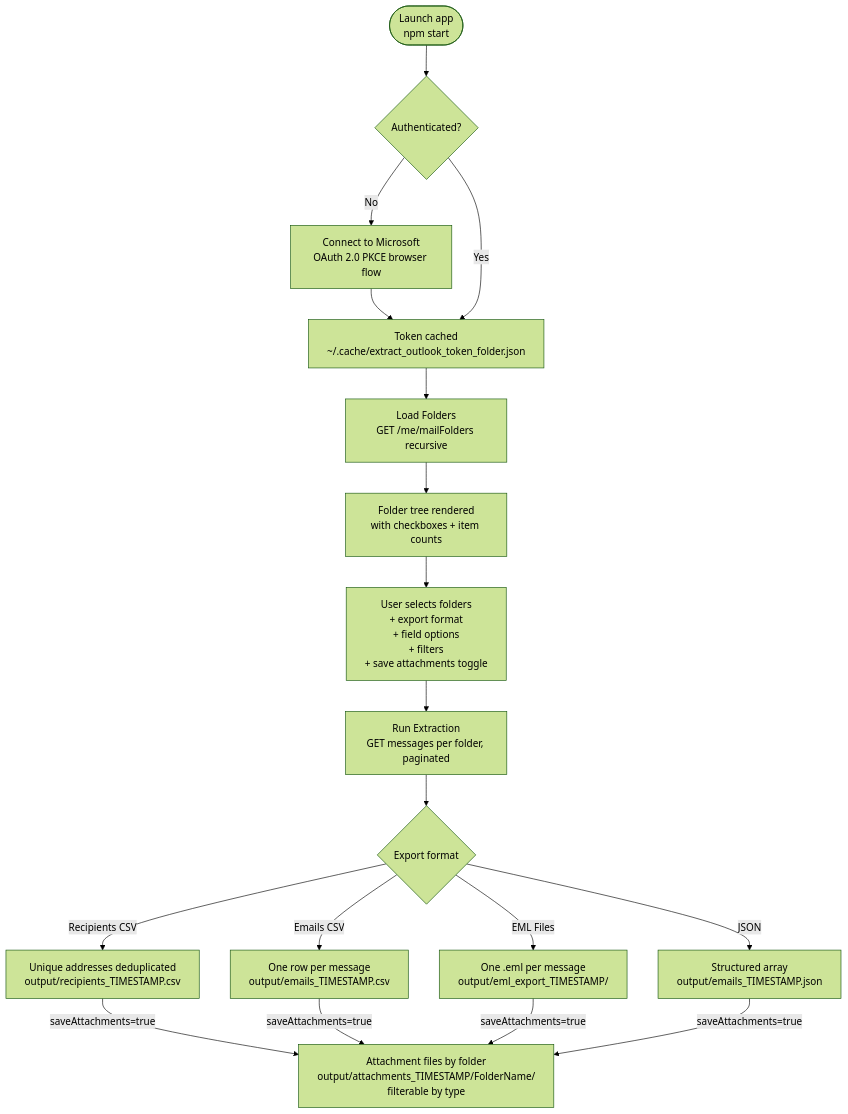
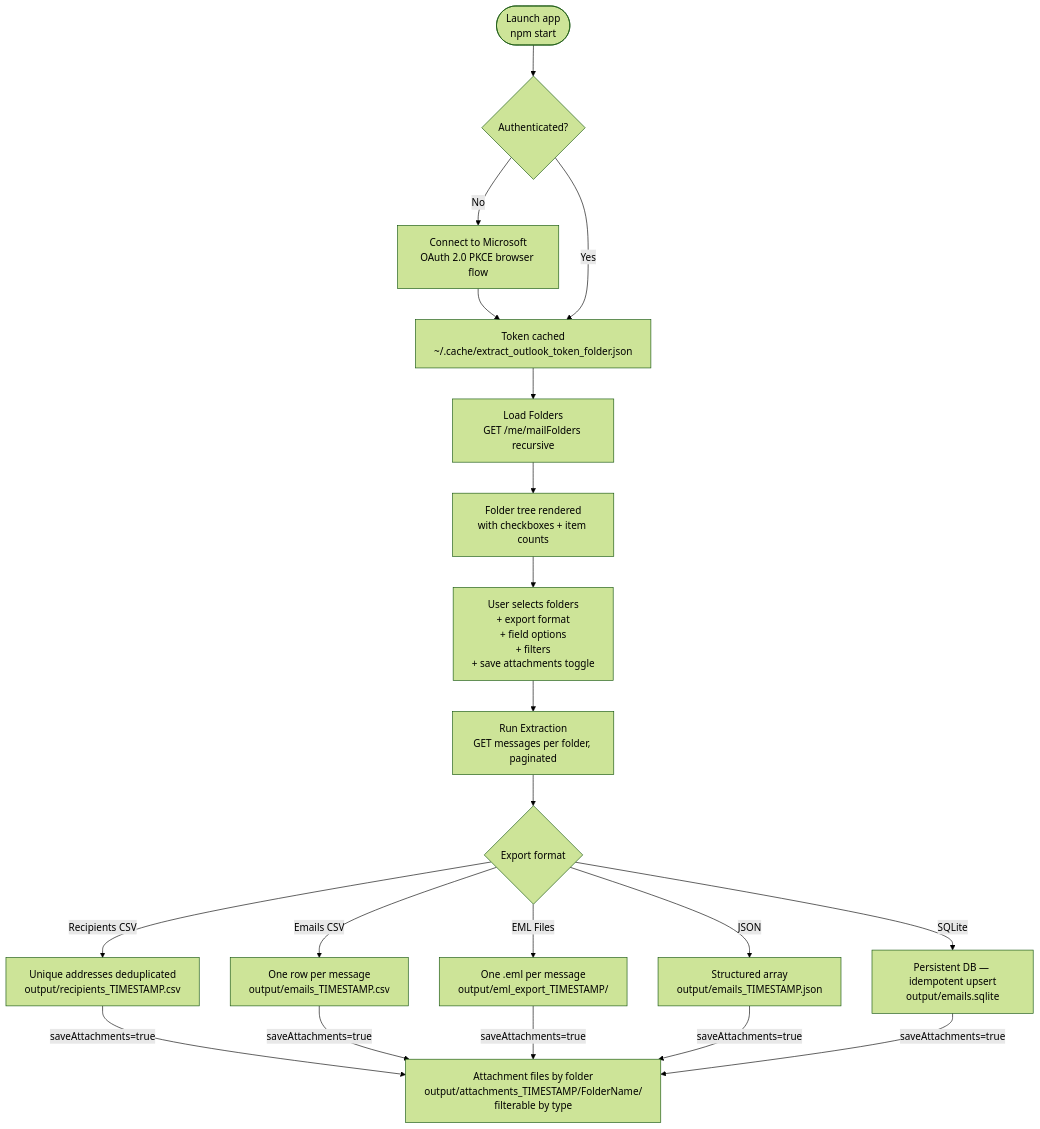
Before and after one commit to aairom/outlook-bob: the diagram in README.md, drawn with Mermaid (forest theme). The commit also changed other lines of this file and 9 other files, not shown here.

Commit message:
implemented SQLite save option

````diff
--- a/README.md
+++ b/README.md
@@ -7,17 +7,18 @@
 ```mermaid
 flowchart TD
     A([Launch app\nnpm start]) --> B{Authenticated?}
     B -- No --> C[Connect to Microsoft\nOAuth 2.0 PKCE browser flow]
     C --> D[Token cached\n~/.cache/extract_outlook_token_folder.json]
     B -- Yes --> D
     D --> E[Load Folders\nGET /me/mailFolders recursive]
     E --> F[Folder tree rendered\nwith checkboxes + item counts]
     F --> G[User selects folders\n+ export format\n+ field options\n+ filters\n+ save attachments toggle]
     G --> H[Run Extraction\nGET messages per folder, paginated]
     H --> I{Export format}
     I -- Recipients CSV --> J1[Unique addresses deduplicated\noutput/recipients_TIMESTAMP.csv]
     I -- Emails CSV --> J2[One row per message\noutput/emails_TIMESTAMP.csv]
     I -- EML Files --> J3[One .eml per message\noutput/eml_export_TIMESTAMP/]
     I -- JSON --> J4[Structured array\noutput/emails_TIMESTAMP.json]
-    J1 & J2 & J3 & J4 -->|saveAttachments=true| J5[Attachment files by folder\noutput/attachments_TIMESTAMP/FolderName/\nfilterable by type]
+    I -- SQLite --> J5[Persistent DB — idempotent upsert\noutput/emails.sqlite]
+    J1 & J2 & J3 & J4 & J5 -->|saveAttachments=true| J6[Attachment files by folder\noutput/attachments_TIMESTAMP/FolderName/\nfilterable by type]
 ```
````
